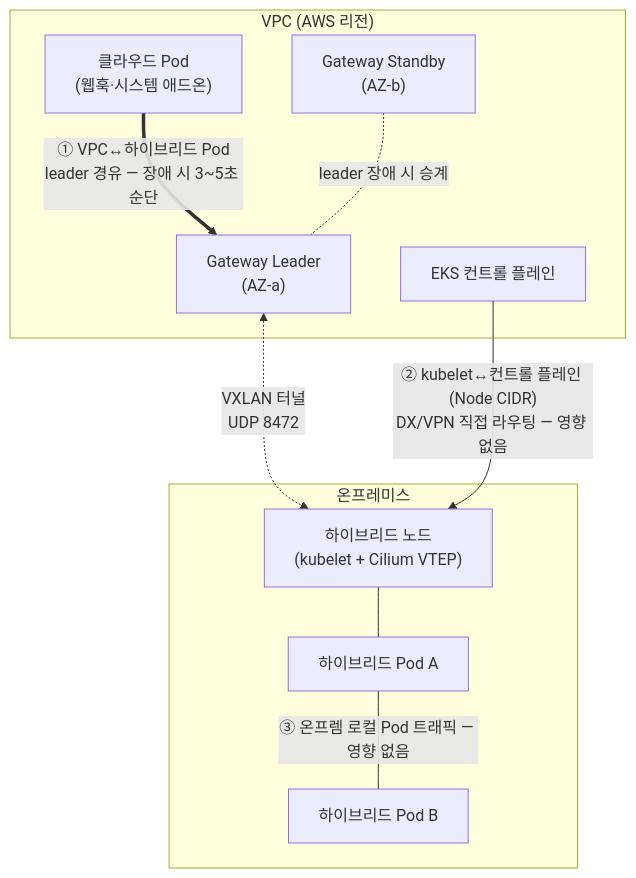
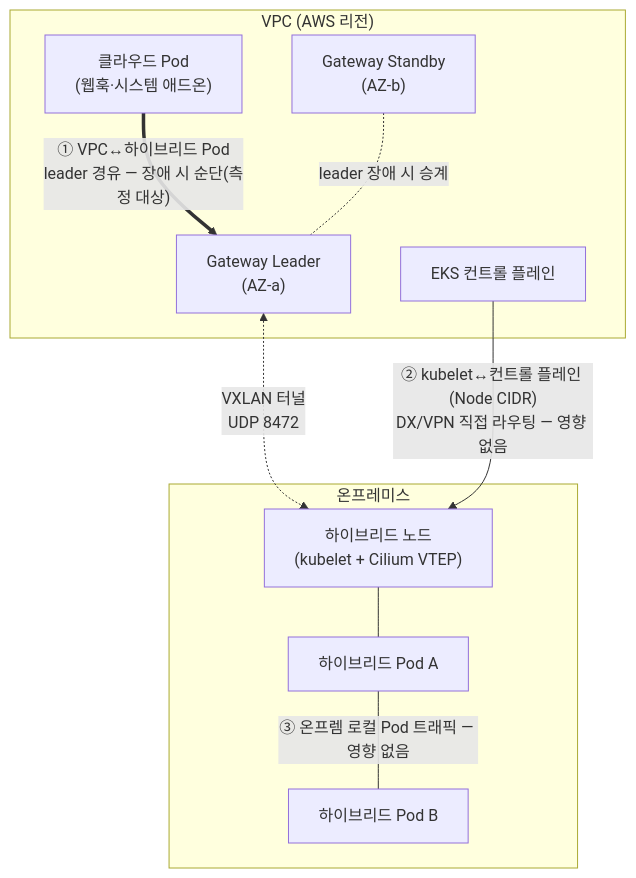
Before and after one commit to devfloor9/engineering-playbook: the second of 2 diagrams in docs/eks-hybrid-nodes/networking/hybrid-nodes-gateway.md, drawn with Mermaid. The commit also changed other lines of this file and 29 other files, not shown here.

````diff
--- a/docs/eks-hybrid-nodes/networking/hybrid-nodes-gateway.md
+++ b/docs/eks-hybrid-nodes/networking/hybrid-nodes-gateway.md
@@ -248,20 +271,20 @@
 ```mermaid
 flowchart TB
     subgraph VPC["VPC (AWS 리전)"]
         CP["EKS 컨트롤 플레인"]
         CPOD["클라우드 Pod<br/>(웹훅·시스템 애드온)"]
         GWL["Gateway Leader<br/>(AZ-a)"]
         GWS["Gateway Standby<br/>(AZ-b)"]
     end
     subgraph ONPREM["온프레미스"]
         HN["하이브리드 노드<br/>(kubelet + Cilium VTEP)"]
         P1["하이브리드 Pod A"]
         P2["하이브리드 Pod B"]
     end
-    CPOD =="① VPC↔하이브리드 Pod<br/>leader 경유 — 장애 시 3~5초 순단"==> GWL
+    CPOD =="① VPC↔하이브리드 Pod<br/>leader 경유 — 장애 시 순단(측정 대상)"==> GWL
     GWL <-. "VXLAN 터널<br/>UDP 8472" .-> HN
     GWS -. "leader 장애 시 승계" .- GWL
     CP --"② kubelet↔컨트롤 플레인 (Node CIDR)<br/>DX/VPN 직접 라우팅 — 영향 없음"--> HN
     P1 --"③ 온프렘 로컬 Pod 트래픽 — 영향 없음"--- P2
     HN --- P1
 ```
````
